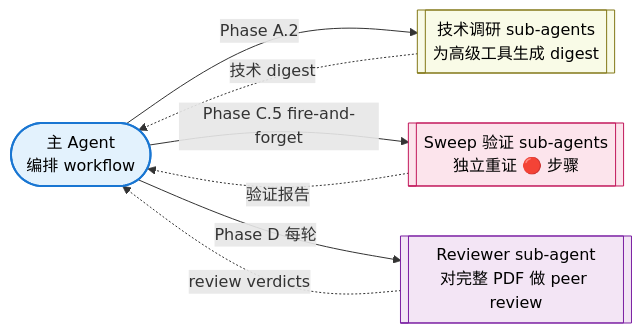
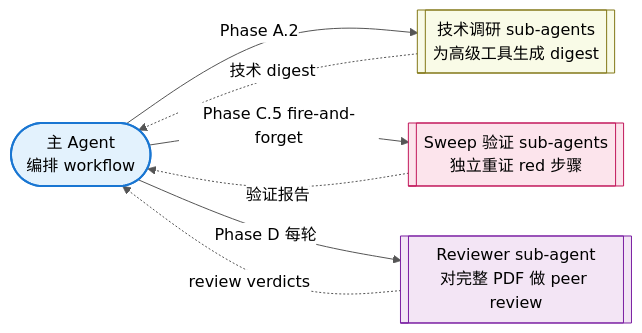
The second of 2 diagrams in README.zh.md (ChristianYang37/DLT-Proof-Writing-Skill), drawn with Mermaid before and after one commit. The commit also changed other lines of this file and 1 other file, not shown here.

````diff
--- a/README.zh.md
+++ b/README.zh.md
@@ -66,18 +67,19 @@
 ```mermaid
+%%{init: {'theme':'base', 'themeVariables': {'primaryTextColor':'#000','primaryColor':'#fff','lineColor':'#555','textColor':'#000','edgeLabelBackground':'#ffffff','tertiaryTextColor':'#000','clusterTextColor':'#000','nodeTextColor':'#000'}}}%%
 flowchart LR
     Main(["主 Agent<br/>编排 workflow"])
     Sub1[["技术调研 sub-agents<br/>为高级工具生成 digest"]]
-    Sub2[["Sweep 验证 sub-agents<br/>独立重证 🔴 步骤"]]
+    Sub2[["Sweep 验证 sub-agents<br/>独立重证 red 步骤"]]
     Sub3[["Reviewer sub-agent<br/>对完整 PDF 做 peer review"]]
     Main -->|"Phase A.2"| Sub1
     Main -->|"Phase C.5 fire-and-forget"| Sub2
     Main -->|"Phase D 每轮"| Sub3
     Sub1 -.->|"技术 digest"| Main
     Sub2 -.->|"验证报告"| Main
     Sub3 -.->|"review verdicts"| Main
 
     style Main fill:#e3f2fd,stroke:#1976d2,stroke-width:2px,color:#000
     style Sub1 fill:#f9fbe7,stroke:#827717,color:#000
     style Sub2 fill:#fce4ec,stroke:#c2185b,color:#000
     style Sub3 fill:#f3e5f5,stroke:#7b1fa2,color:#000
 ```
````
